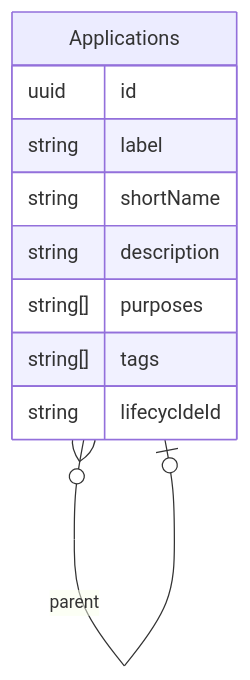
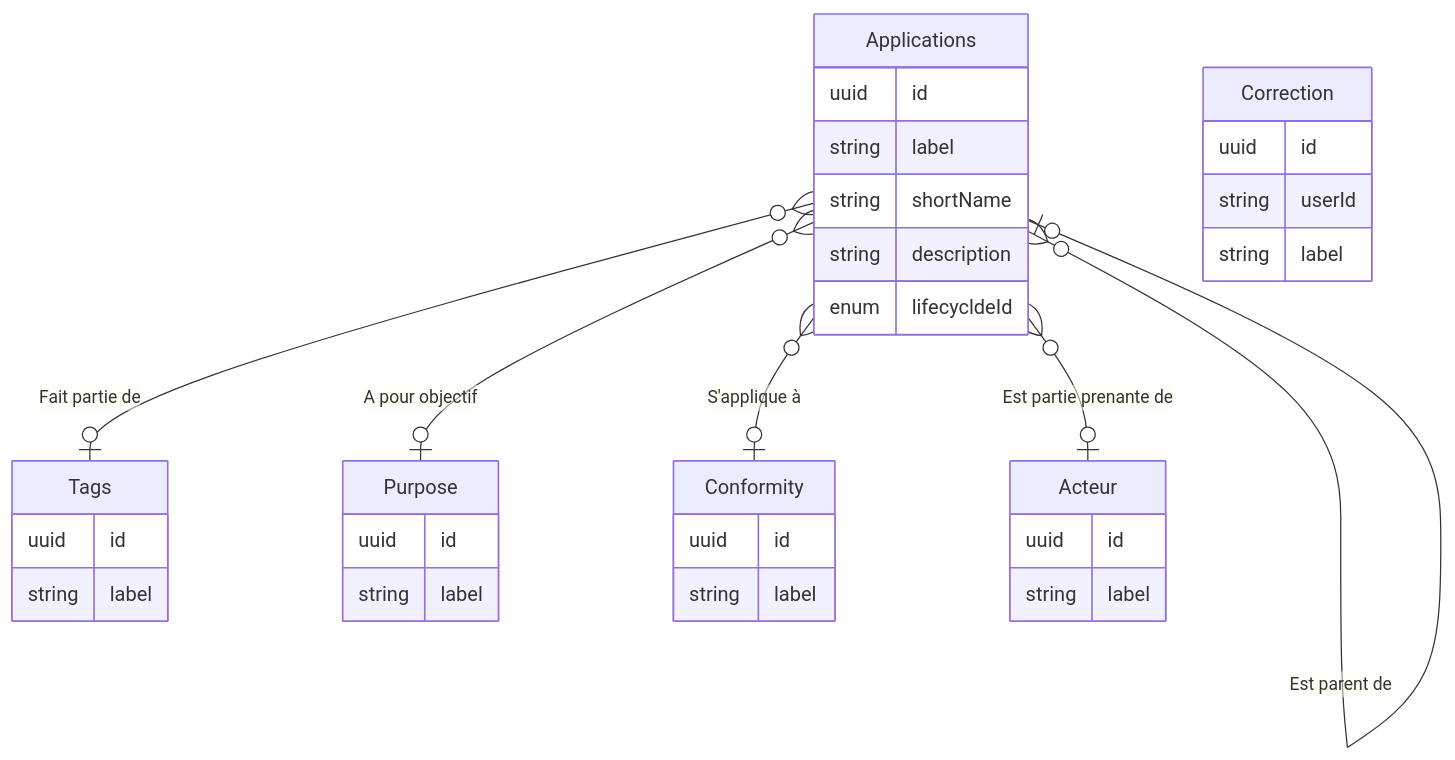
The diagram in docs/data-model.md (dnum-mi/Referentiel-applicatif), drawn with Mermaid before and after one commit. The commit also changed other lines of this file, not shown here.

Commit message:
Update data-model.md
ajout du méta model dans la doc

````diff
--- a/docs/data-model.md
+++ b/docs/data-model.md
@@ -4,13 +4,42 @@
 ```mermaid
 erDiagram
-    Applications }o --o| Applications : parent
+    Applications }o --o| Applications : "Est parent de"
+    Applications }o --o| Tags : "Fait partie de"
+    Applications }o --o| Purpose : "A pour objectif"
+    Applications }o --o| Conformity : "S'applique à"
+    Applications }o --o| Acteur : "Est partie prenante de"
+
     Applications {
          uuid id
          string label               
          string shortName
          string description
-         string[] purposes
-         string[] tags
-         string lifecycldeId 
+         enum lifecycldeId
+    }
+     
+    Tags {
+         uuid id
+         string label               
+    }
+     
+    Purpose {
+         uuid id
+         string label               
+    }
+
+    Conformity {
+         uuid id
+         string label               
+    }
+
+    Acteur {
+         uuid id
+         string label               
+    }
+
+    Correction {
+         uuid id
+         string userId
+         string label               
     }
 ```
````
